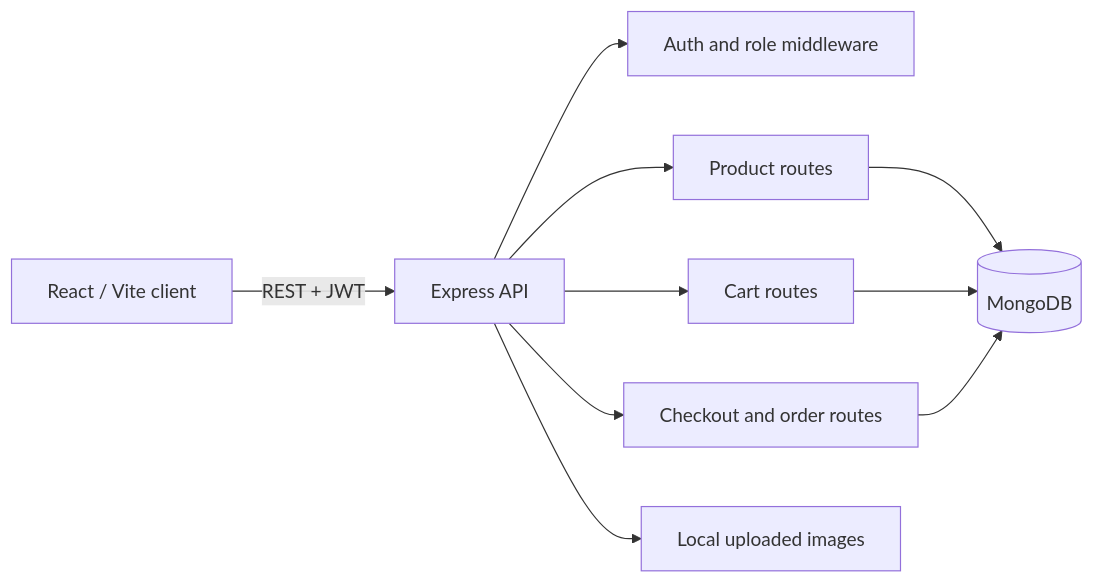
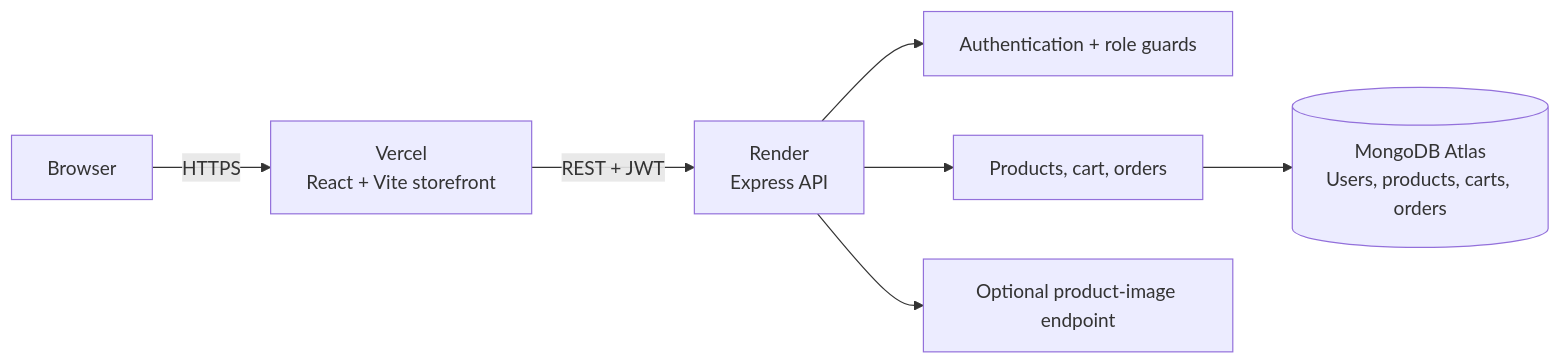
The first of 4 diagrams in e-commerce/README.md (rahulrathnavel/Petals_Automation_OA), drawn with Mermaid before and after one commit. The commit also changed other lines of this file, not shown here.

Commit message:
Document live deployment architecture and workflows

````diff
--- a/e-commerce/README.md
+++ b/e-commerce/README.md
@@ -36,12 +42,9 @@
 ```mermaid
 flowchart LR
-  B[React / Vite client] -->|REST + JWT| A[Express API]
-  A --> AU[Auth and role middleware]
-  A --> P[Product routes]
-  A --> C[Cart routes]
-  A --> O[Checkout and order routes]
-  P --> M[(MongoDB)]
-  C --> M
-  O --> M
-  A --> U[Local uploaded images]
+  B[Browser] -->|HTTPS| V[Vercel\nReact + Vite storefront]
+  V -->|REST + JWT| R[Render\nExpress API]
+  R --> AU[Authentication + role guards]
+  R --> P[Products, cart, orders]
+  P --> M[(MongoDB Atlas\nUsers, products, carts, orders)]
+  R --> U[Optional product-image endpoint]
 ```
````
